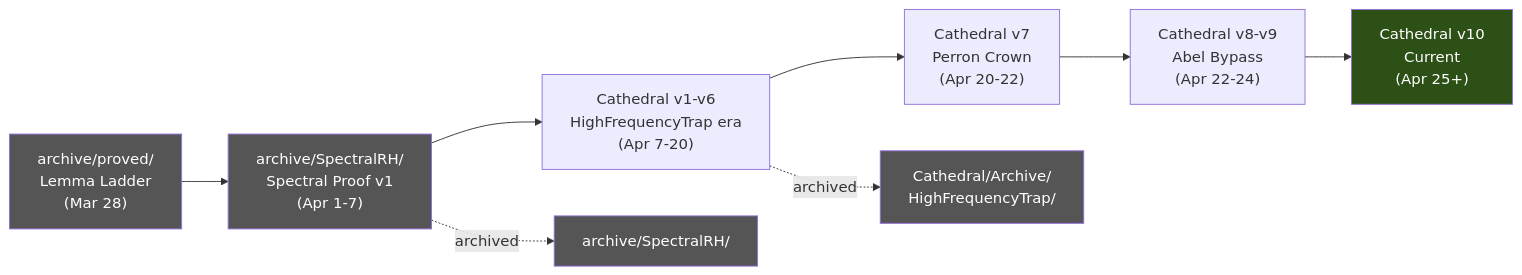
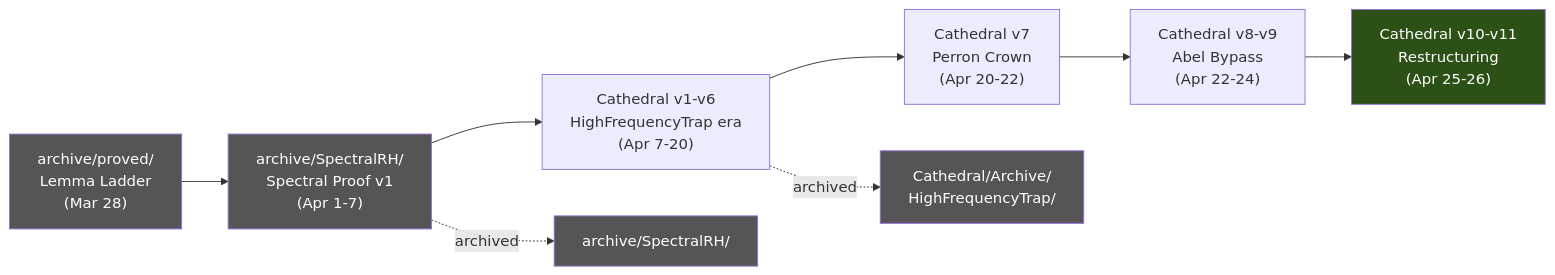
Before and after one commit to jrgochan/prime: the diagram in ARCHIVE.md, drawn with Mermaid. The commit also changed other lines of this file and 1 other file, not shown here.

First line of the commit message:
docs: update OVERVIEW.md and ARCHIVE.md for restructured Cathedral

````diff
--- a/ARCHIVE.md
+++ b/ARCHIVE.md
@@ -379,17 +187,17 @@
 ```mermaid
 graph LR
     A["archive/proved/<br/>Lemma Ladder<br/>(Mar 28)"] --> B["archive/SpectralRH/<br/>Spectral Proof v1<br/>(Apr 1-7)"]
     B --> C["Cathedral v1-v6<br/>HighFrequencyTrap era<br/>(Apr 7-20)"]
     C --> D["Cathedral v7<br/>Perron Crown<br/>(Apr 20-22)"]
     D --> E["Cathedral v8-v9<br/>Abel Bypass<br/>(Apr 22-24)"]
-    E --> F["Cathedral v10<br/>Current<br/>(Apr 25+)"]
+    E --> F["Cathedral v10-v11<br/>Restructuring<br/>(Apr 25-26)"]
 
     C -.->|"archived"| G["Cathedral/Archive/<br/>HighFrequencyTrap/"]
     B -.->|"archived"| H["archive/SpectralRH/"]
 
     style A fill:#555,color:white
     style B fill:#555,color:white
     style G fill:#555,color:white
     style H fill:#555,color:white
     style F fill:#2d5016,color:white
 ```
````
